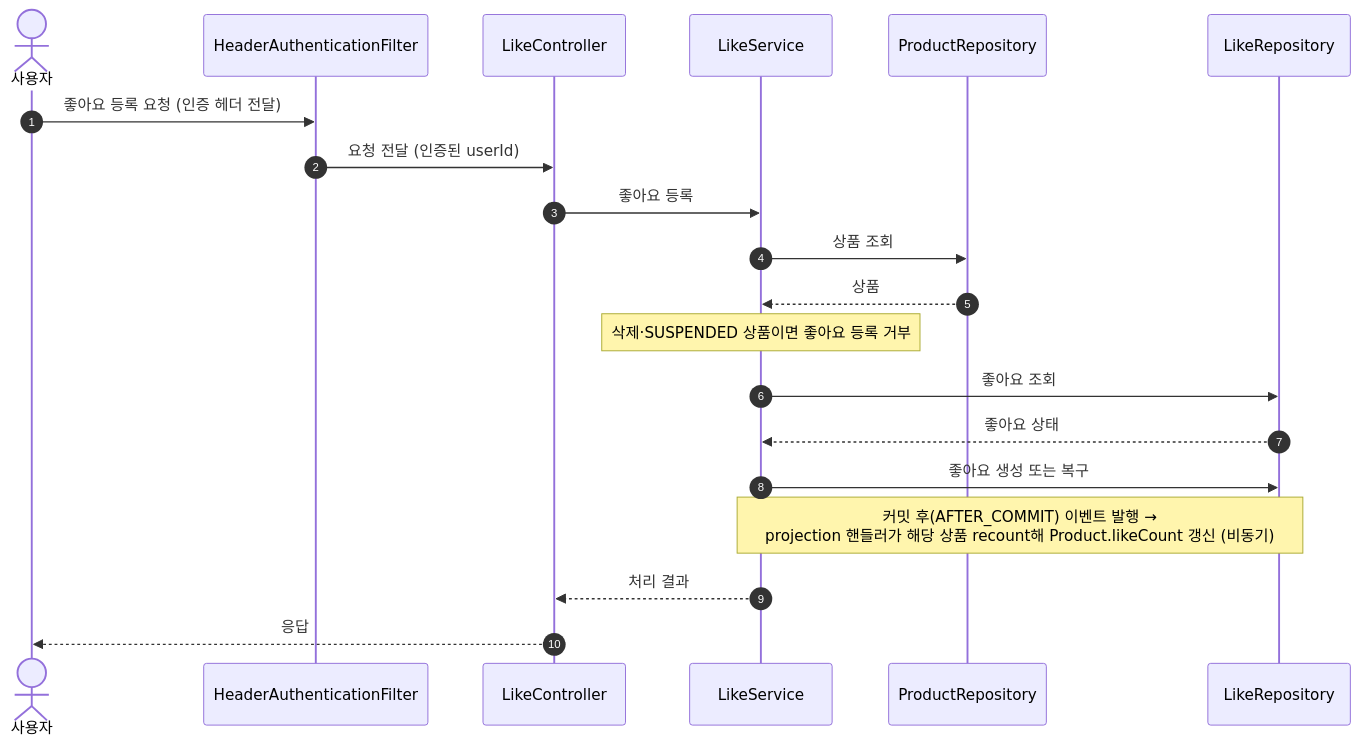
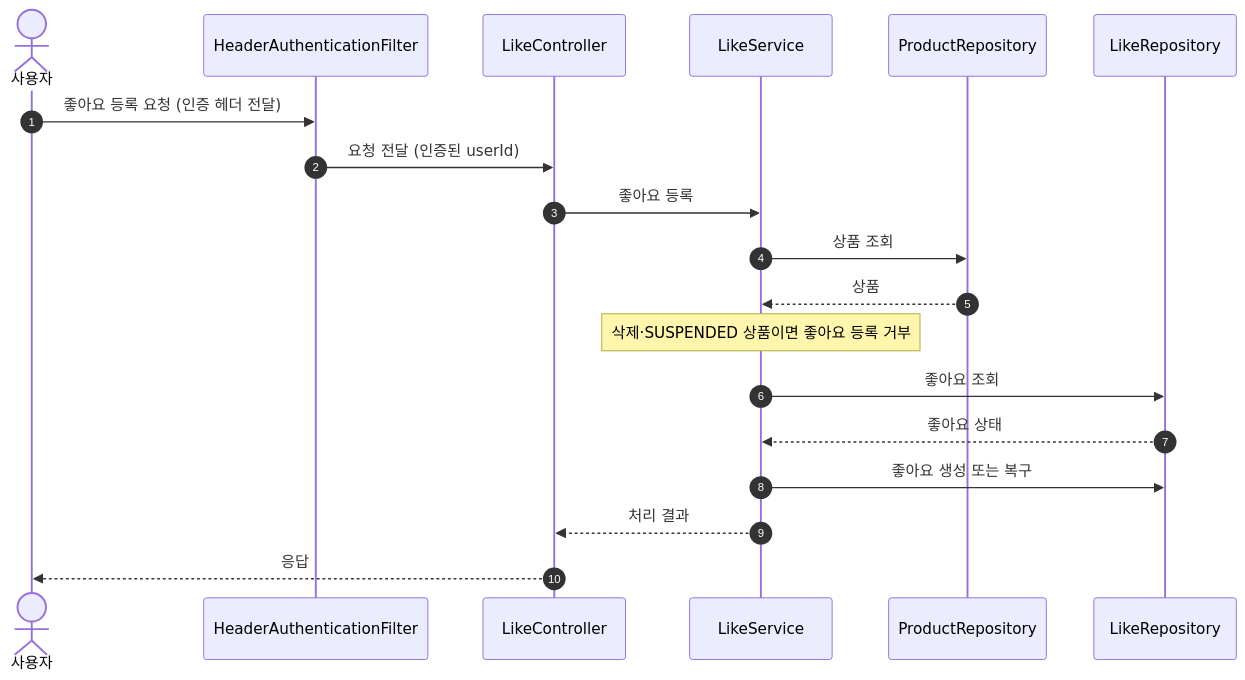
Diagram 11 of 17 in docs/week2/02-sequence-diagrams.md (loopers-labs/loop-pack-be-l2-vol4-java), drawn with Mermaid before and after one commit. The commit also changed other lines of this file and 12 other files, not shown here.

First line of the commit message:
refactor: product like_count 비정규화 제거, likes_desc는 매번 집계로 처리

````diff
--- a/docs/week2/02-sequence-diagrams.md
+++ b/docs/week2/02-sequence-diagrams.md
@@ -275,23 +275,22 @@
 ```mermaid
 sequenceDiagram
     autonumber
     actor Client as 사용자
     participant Auth as HeaderAuthenticationFilter
     participant Controller as LikeController
     participant Service as LikeService
     participant ProductRepository as ProductRepository
     participant LikeRepository as LikeRepository
 
     Client->>Auth: 좋아요 등록 요청 (인증 헤더 전달)
     Auth->>Controller: 요청 전달 (인증된 userId)
     Controller->>Service: 좋아요 등록
     Service->>ProductRepository: 상품 조회
     ProductRepository-->>Service: 상품
     Note over Service: 삭제·SUSPENDED 상품이면 좋아요 등록 거부
     Service->>LikeRepository: 좋아요 조회
     LikeRepository-->>Service: 좋아요 상태
     Service->>LikeRepository: 좋아요 생성 또는 복구
-    Note over Service,LikeRepository: 커밋 후(AFTER_COMMIT) 이벤트 발행 →<br/>projection 핸들러가 해당 상품 recount해 Product.likeCount 갱신 (비동기)
     Service-->>Controller: 처리 결과
     Controller-->>Client: 응답
 ```
````
